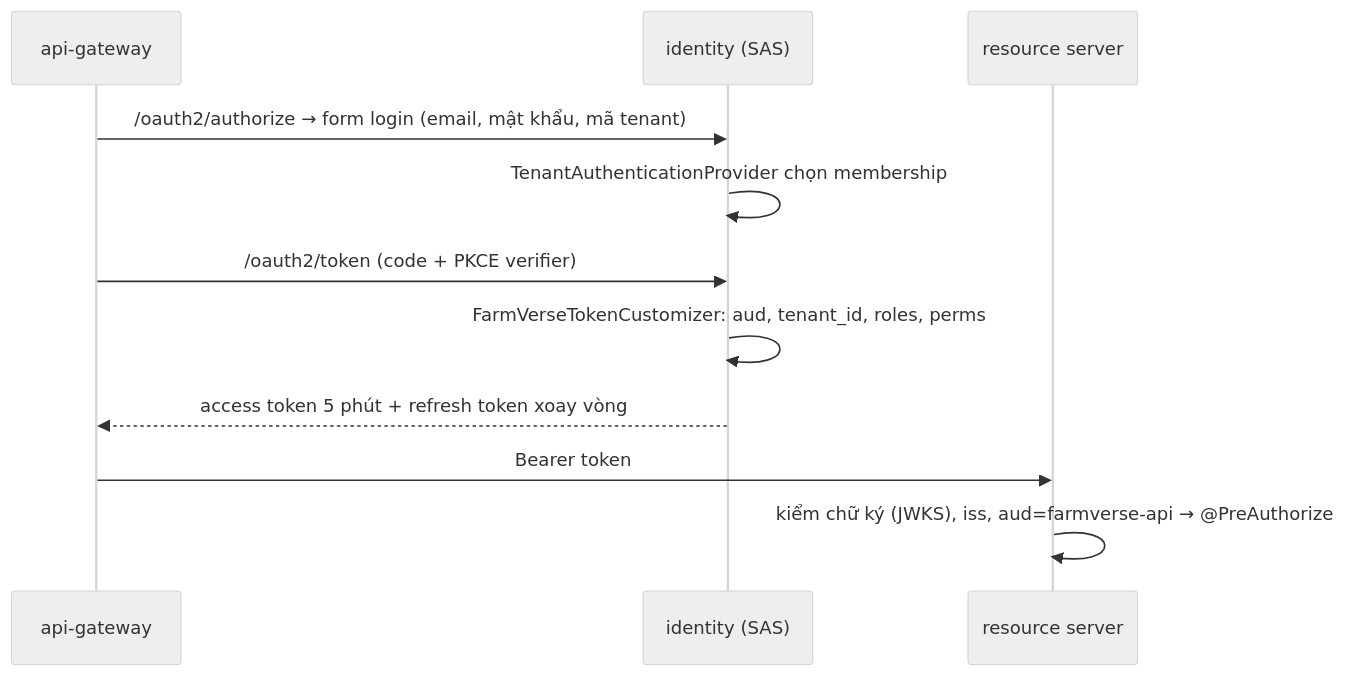
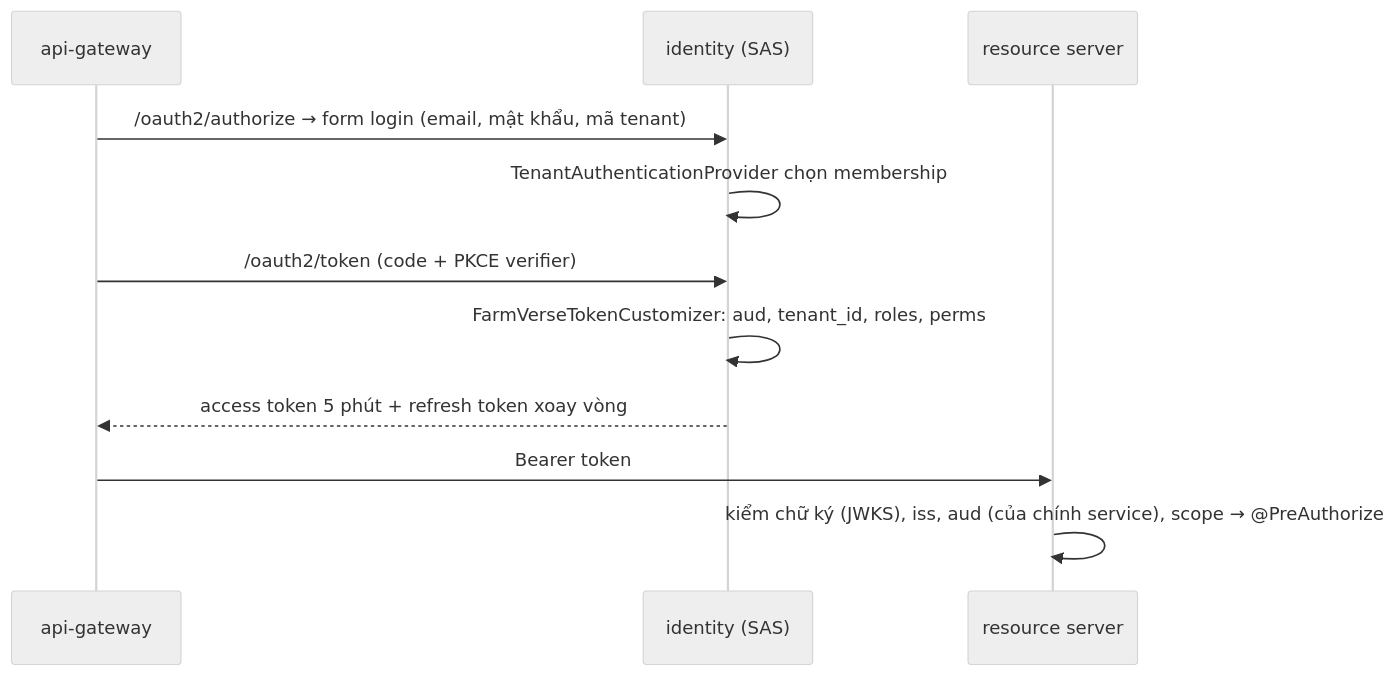
One commit to hatrongvu13/smartfarm-platform-maven-starter changed the diagram in docs/patterns/oidc-sas.md. Above: the diagram before and after it, drawn with Mermaid (neutral theme). The commit also changed 6 other files, not shown here.

````diff
--- a/docs/patterns/oidc-sas.md
+++ b/docs/patterns/oidc-sas.md
@@ -11,13 +11,13 @@
 ```mermaid
 sequenceDiagram
     participant G as api-gateway
     participant I as identity (SAS)
     participant S as resource server
     G->>I: /oauth2/authorize → form login (email, mật khẩu, mã tenant)
     I->>I: TenantAuthenticationProvider chọn membership
     G->>I: /oauth2/token (code + PKCE verifier)
     I->>I: FarmVerseTokenCustomizer: aud, tenant_id, roles, perms
     I-->>G: access token 5 phút + refresh token xoay vòng
     G->>S: Bearer token
-    S->>S: kiểm chữ ký (JWKS), iss, aud=farmverse-api → @PreAuthorize
+    S->>S: kiểm chữ ký (JWKS), iss, aud (của chính service), scope → @PreAuthorize
 ```
````
